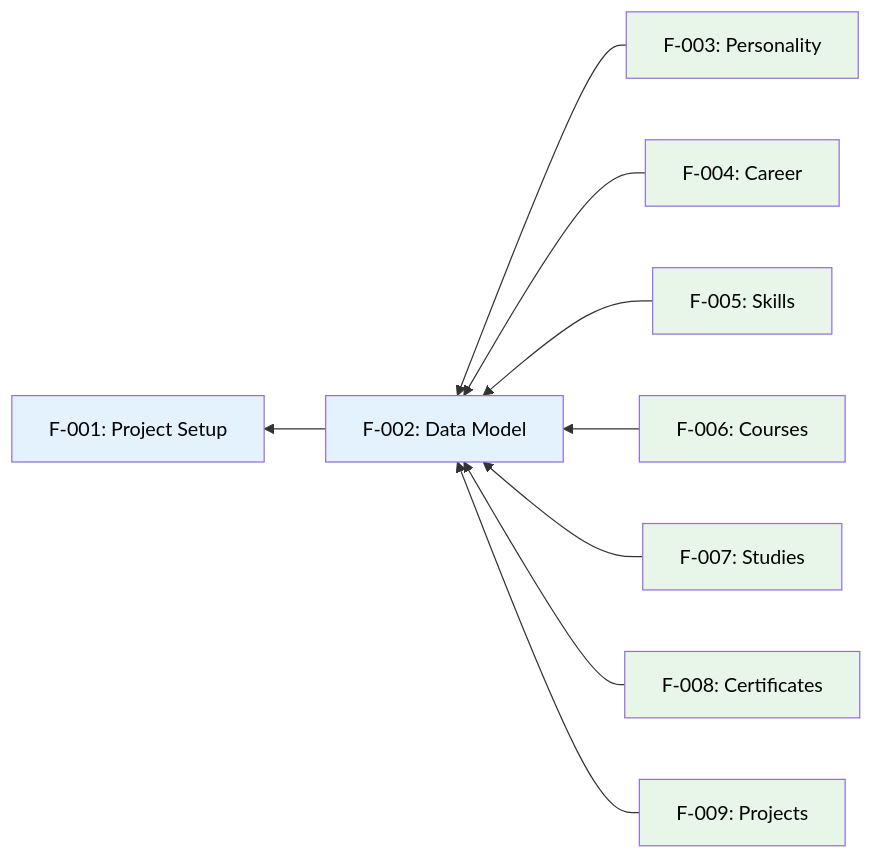
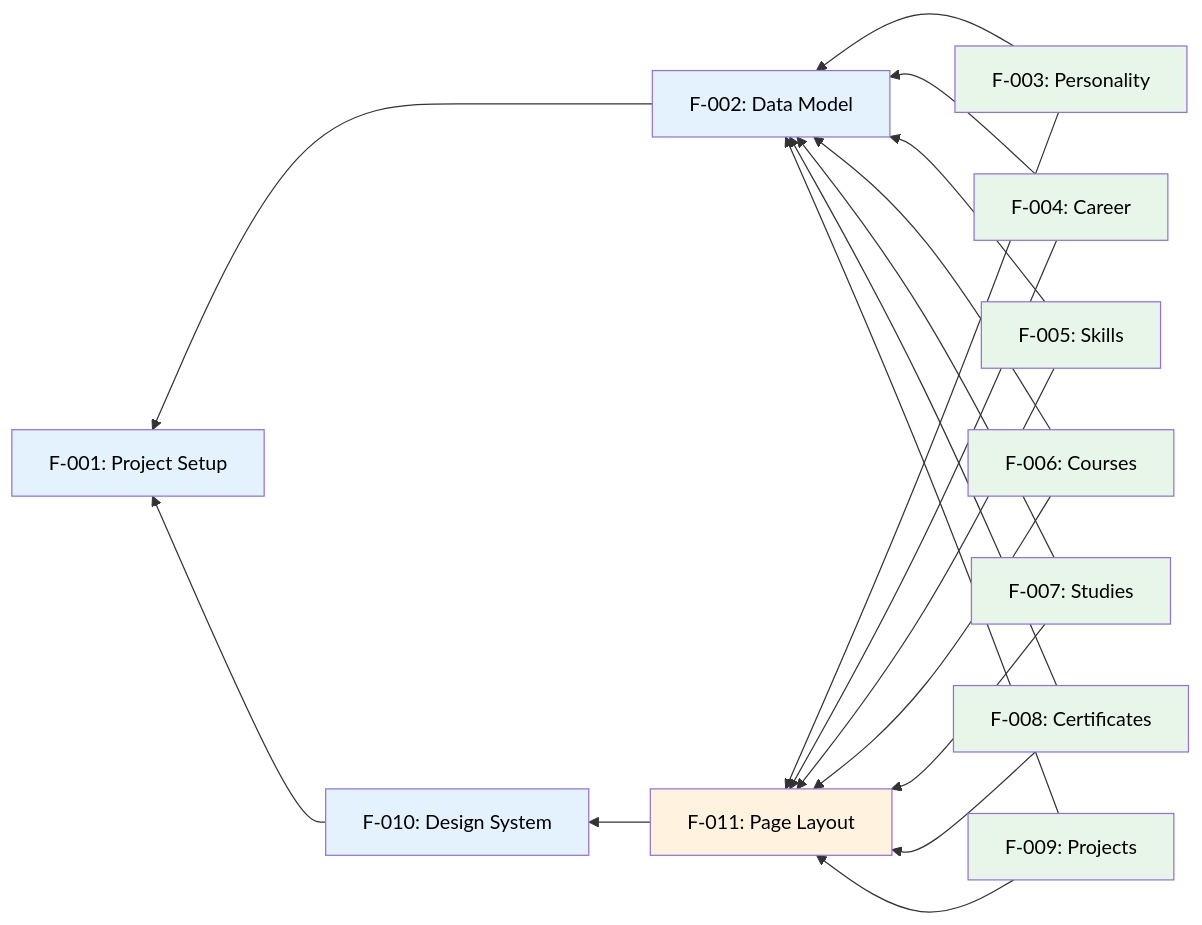
The diagram in docs/Features.md (garcipat/cv-website), drawn with Mermaid before and after one commit. The commit also changed other lines of this file, not shown here.

Commit message:
Add F-010 (Design System) and F-011 (Page Layout) with dependencies

````diff
--- a/docs/Features.md
+++ b/docs/Features.md
@@ -59,32 +63,46 @@
 ```mermaid
 graph RL
     F001["F-001: Project Setup"]
     F002["F-002: Data Model"]
     F003["F-003: Personality"]
     F004["F-004: Career"]
     F005["F-005: Skills"]
     F006["F-006: Courses"]
     F007["F-007: Studies"]
     F008["F-008: Certificates"]
     F009["F-009: Projects"]
+    F010["F-010: Design System"]
+    F011["F-011: Page Layout"]
 
     F003 --> F002
     F004 --> F002
     F005 --> F002
     F006 --> F002
     F007 --> F002
     F008 --> F002
     F009 --> F002
     F002 --> F001
+    F010 --> F001
+    F011 --> F010
+
+    F003 --> F011
+    F004 --> F011
+    F005 --> F011
+    F006 --> F011
+    F007 --> F011
+    F008 --> F011
+    F009 --> F011
 
     classDef done fill:#4caf50,color:#ffffff
     classDef inProgress fill:#ff9800,color:#000000
     classDef planned fill:#9e9e9e,color:#ffffff
     classDef projectSetup fill:#e3f2fd,color:#000000
     classDef cvSections fill:#e8f5e9,color:#000000
+    classDef layoutNavigation fill:#fff3e0,color:#000000
 
     class F001 inProgress
-    class F002,F003,F004,F005,F006,F007,F008,F009 planned
-    class F001,F002 projectSetup
+    class F002,F003,F004,F005,F006,F007,F008,F009,F010,F011 planned
+    class F001,F002,F010 projectSetup
     class F003,F004,F005,F006,F007,F008,F009 cvSections
+    class F011 layoutNavigation
 ```
````
